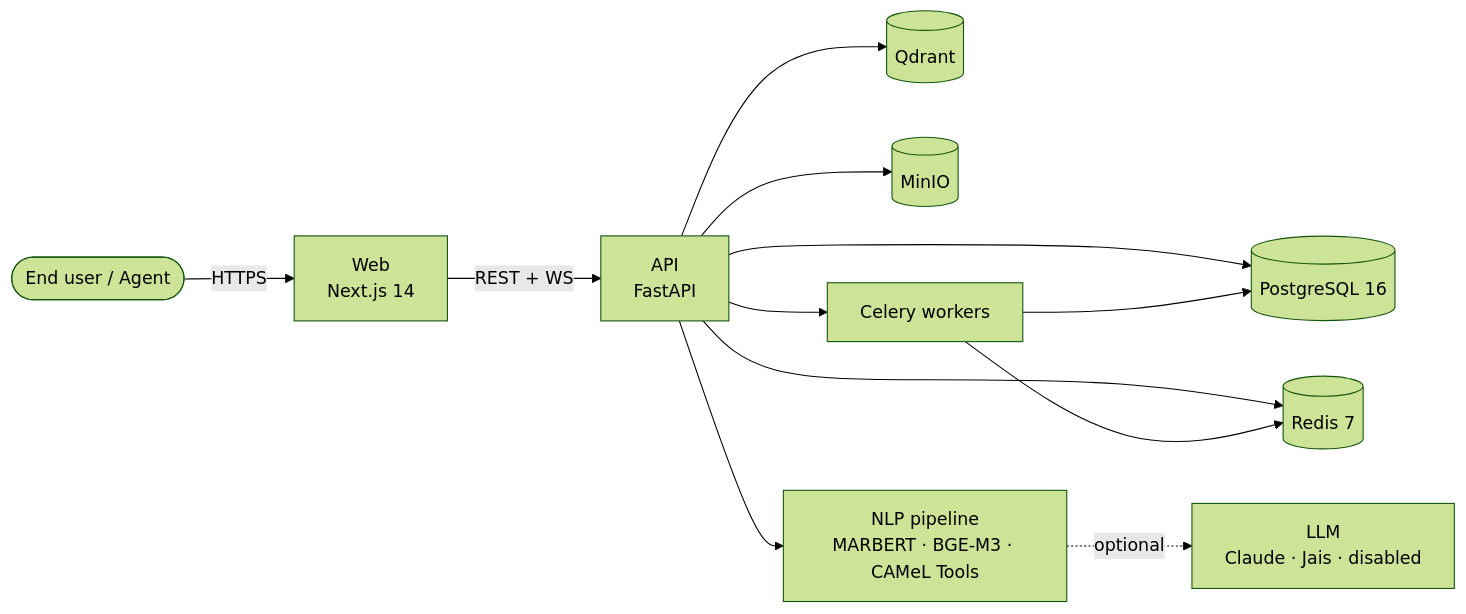
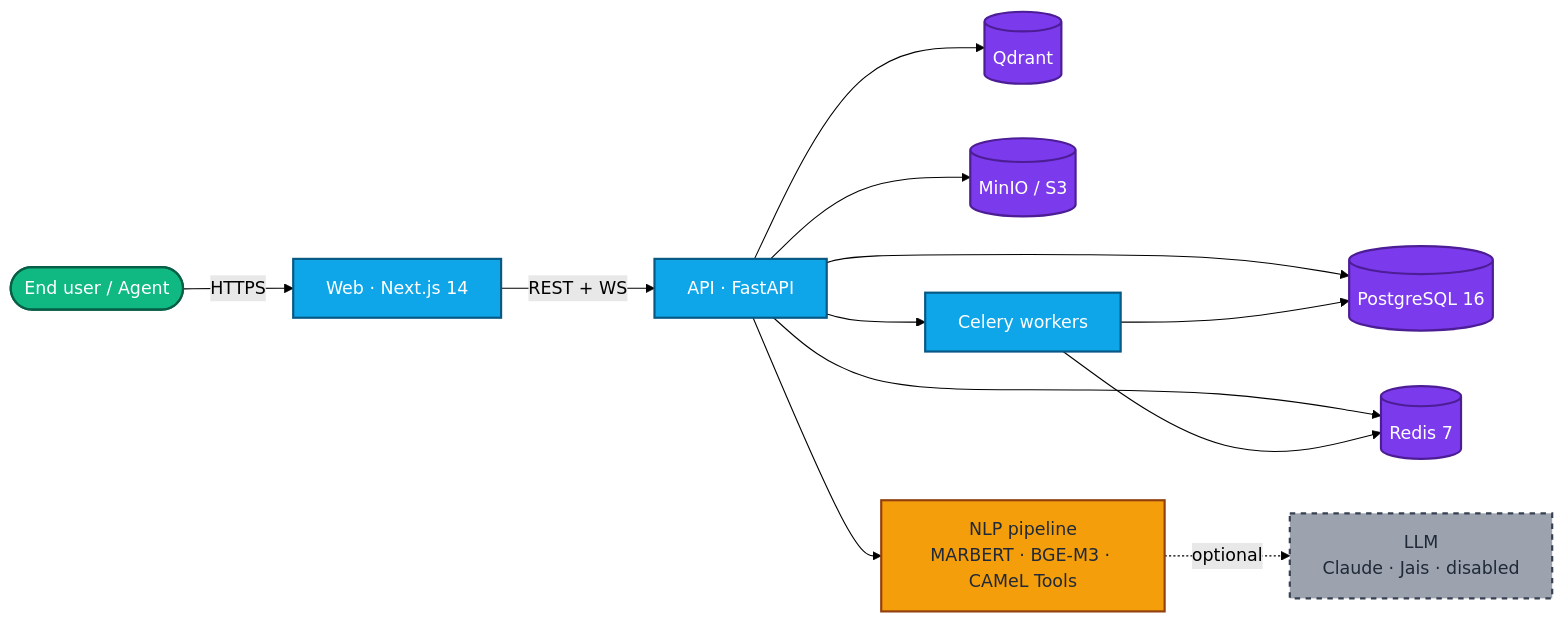
The diagram in README.md (to7vx/Arabic-IT-Helpdesk-Bot), drawn with Mermaid (forest theme) before and after one commit. The commit also changed other lines of this file and 1 other file, not shown here.

First line of the commit message:
docs: polish READMEs and fix architecture diagram contrast

````diff
--- a/README.md
+++ b/README.md
@@ -33,14 +53,20 @@
 ```mermaid
 flowchart LR
-  U([End user / Agent]) -->|HTTPS| W[Web<br/>Next.js 14]
-  W -->|REST + WS| A[API<br/>FastAPI]
-  A --> P[(PostgreSQL 16)]
-  A --> R[(Redis 7)]
-  A --> Q[(Qdrant)]
-  A --> M[(MinIO)]
-  A --> N[NLP pipeline<br/>MARBERT · BGE-M3 · CAMeL Tools]
-  N -.optional.-> L[LLM<br/>Claude · Jais · disabled]
-  A --> WK[Celery workers]
+  classDef user fill:#10b981,stroke:#065f46,color:#ffffff,stroke-width:2px
+  classDef app fill:#0ea5e9,stroke:#075985,color:#ffffff,stroke-width:2px
+  classDef data fill:#7c3aed,stroke:#4c1d95,color:#ffffff,stroke-width:2px
+  classDef nlp fill:#f59e0b,stroke:#92400e,color:#1f2937,stroke-width:2px
+  classDef opt fill:#9ca3af,stroke:#374151,color:#1f2937,stroke-width:2px,stroke-dasharray:5 5
+
+  U([End user / Agent]):::user -->|HTTPS| W[Web · Next.js 14]:::app
+  W -->|REST + WS| A[API · FastAPI]:::app
+  A --> P[(PostgreSQL 16)]:::data
+  A --> R[(Redis 7)]:::data
+  A --> Q[(Qdrant)]:::data
+  A --> M[(MinIO / S3)]:::data
+  A --> N[NLP pipeline<br/>MARBERT · BGE-M3 · CAMeL Tools]:::nlp
+  N -.optional.-> L[LLM<br/>Claude · Jais · disabled]:::opt
+  A --> WK[Celery workers]:::app
   WK --> P
   WK --> R
 ```
````
